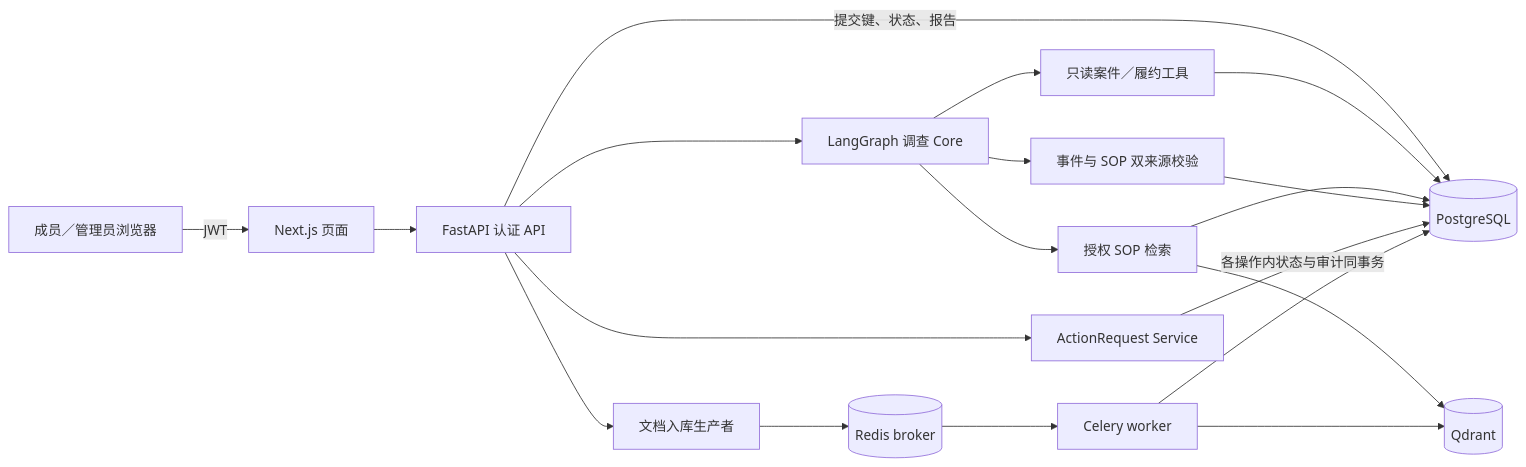
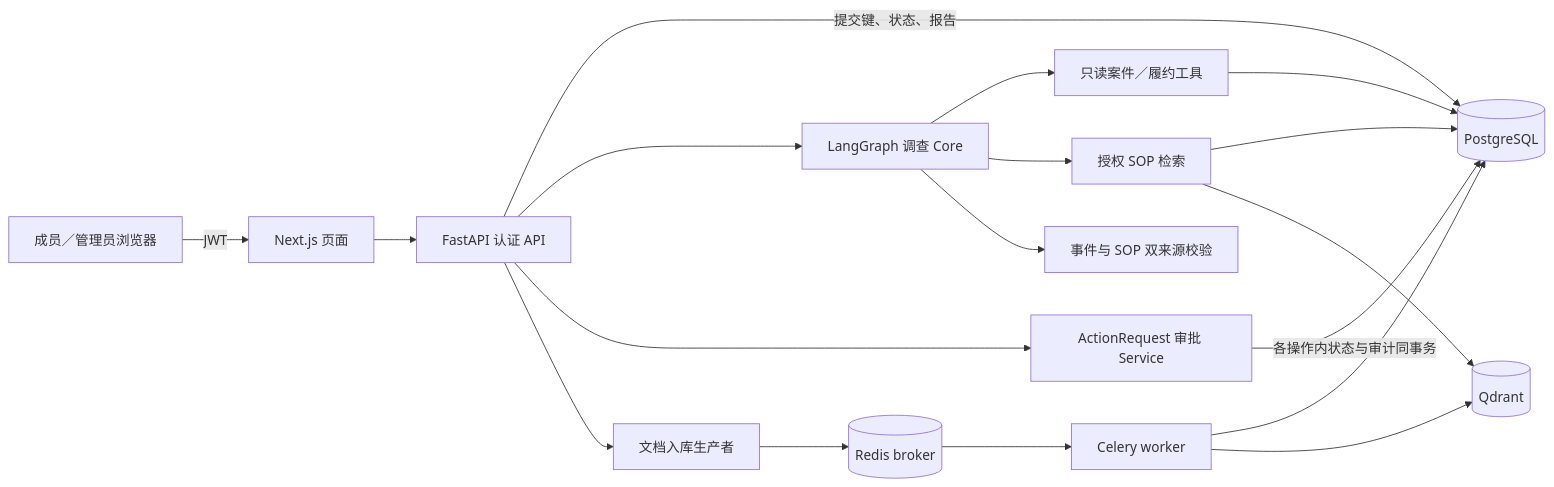
One commit to hp465040-a11y/enterprise-ai-workspace changed the diagram in README.md. Above: the diagram before and after it, drawn with Mermaid. The commit also changed other lines of this file and 2 other files, not shown here.

````diff
--- a/README.md
+++ b/README.md
@@ -15,21 +28,20 @@
 ```mermaid
 flowchart LR
     U[成员／管理员浏览器] -->|JWT| F[Next.js 页面]
     F --> A[FastAPI 认证 API]
     A -->|提交键、状态、报告| P[(PostgreSQL)]
     A --> G[LangGraph 调查 Core]
     G --> T[只读案件／履约工具]
     T --> P
     G --> K[授权 SOP 检索]
     K --> P
     K --> Q[(Qdrant)]
     G --> V[事件与 SOP 双来源校验]
-    V --> P
-    A --> S[ActionRequest Service]
+    A --> S[ActionRequest 审批 Service]
     S -->|各操作内状态与审计同事务| P
     A --> D[文档入库生产者]
     D --> R[(Redis broker)]
     R --> W[Celery worker]
     W --> P
     W --> Q
 ```
````
